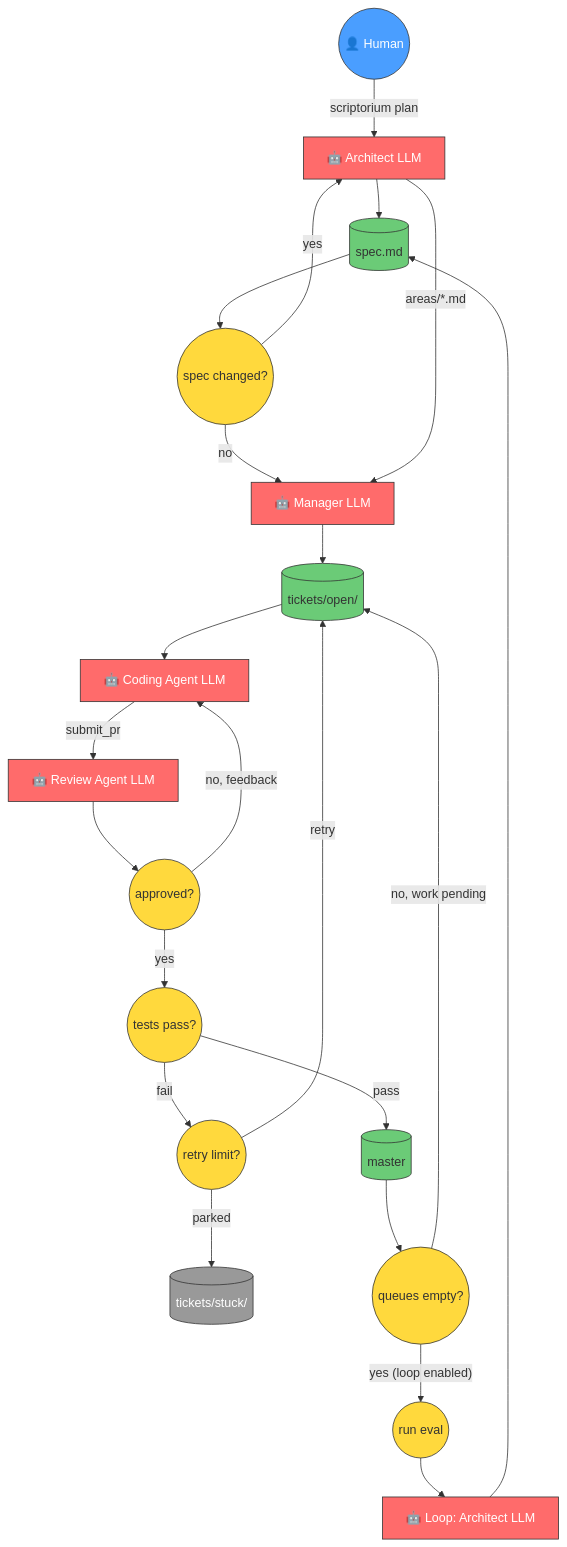
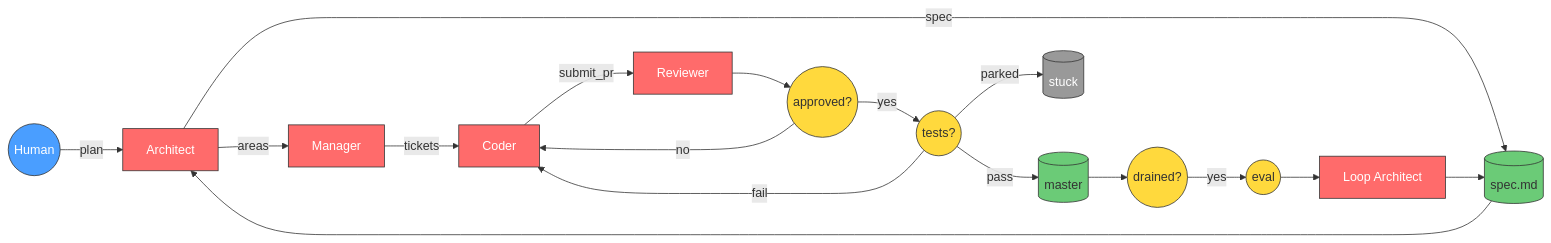
The diagram in README.md (monofuel/scriptorium), drawn with Mermaid before and after one commit.

Commit message:
docs: switch workflow diagram to LR layout with shorter labels

````diff
--- a/README.md
+++ b/README.md
@@ -64,58 +9,47 @@
 ```mermaid
-graph TD
-    Human(("👤 Human"))
-    Architect["🤖 Architect LLM"]
+graph LR
+    Human(("Human"))
+    Architect["Architect"]
     Spec[("spec.md")]
-    SpecChanged((spec changed?))
-    Manager["🤖 Manager LLM"]
-    Tickets[("tickets/open/")]
-    Coder["🤖 Coding Agent LLM"]
-    Reviewer["🤖 Review Agent LLM"]
+    Manager["Manager"]
+    Coder["Coder"]
+    Reviewer["Reviewer"]
     Approved((approved?))
-    MergeQueue((tests pass?))
+    Tests((tests?))
     Master[("master")]
-    Stuck[("tickets/stuck/")]
-    Reopen((retry limit?))
-    Loop["🤖 Loop: Architect LLM"]
-    Drained((queues empty?))
-    Feedback(("run eval"))
+    Stuck[("stuck")]
+    Drained((drained?))
+    Eval(("eval"))
+    Loop["Loop Architect"]
 
-    Human -->|"scriptorium plan"| Architect
-    Architect --> Spec
-    Spec --> SpecChanged
-    SpecChanged -->|yes| Architect
-    SpecChanged -->|no| Manager
-    Architect -->|"areas/*.md"| Manager
-    Manager --> Tickets
-    Tickets --> Coder
-    Coder -->|"submit_pr"| Reviewer
+    Human -->|plan| Architect
+    Architect -->|spec| Spec
+    Spec --> Architect
+    Architect -->|areas| Manager
+    Manager -->|tickets| Coder
+    Coder -->|submit_pr| Reviewer
     Reviewer --> Approved
-    Approved -->|yes| MergeQueue
-    Approved -->|no, feedback| Coder
-    MergeQueue -->|pass| Master
-    MergeQueue -->|fail| Reopen
-    Reopen -->|retry| Tickets
-    Reopen -->|parked| Stuck
+    Approved -->|yes| Tests
+    Approved -->|no| Coder
+    Tests -->|pass| Master
+    Tests -->|fail| Coder
+    Tests -->|parked| Stuck
     Master --> Drained
-    Drained -->|"no, work pending"| Tickets
-    Drained -->|"yes (loop enabled)"| Feedback
-    Feedback --> Loop
+    Drained -->|yes| Eval
+    Eval --> Loop
     Loop --> Spec
 
     style Human fill:#4a9eff,stroke:#333,color:#fff
     style Architect fill:#ff6b6b,stroke:#333,color:#fff
     style Manager fill:#ff6b6b,stroke:#333,color:#fff
     style Coder fill:#ff6b6b,stroke:#333,color:#fff
     style Reviewer fill:#ff6b6b,stroke:#333,color:#fff
     style Loop fill:#ff6b6b,stroke:#333,color:#fff
-    style SpecChanged fill:#ffd93d,stroke:#333,color:#333
     style Approved fill:#ffd93d,stroke:#333,color:#333
-    style MergeQueue fill:#ffd93d,stroke:#333,color:#333
-    style Reopen fill:#ffd93d,stroke:#333,color:#333
+    style Tests fill:#ffd93d,stroke:#333,color:#333
     style Drained fill:#ffd93d,stroke:#333,color:#333
-    style Feedback fill:#ffd93d,stroke:#333,color:#333
+    style Eval fill:#ffd93d,stroke:#333,color:#333
     style Spec fill:#6bcb77,stroke:#333,color:#333
-    style Tickets fill:#6bcb77,stroke:#333,color:#333
     style Master fill:#6bcb77,stroke:#333,color:#333
     style Stuck fill:#999,stroke:#333,color:#fff
 ```
````
